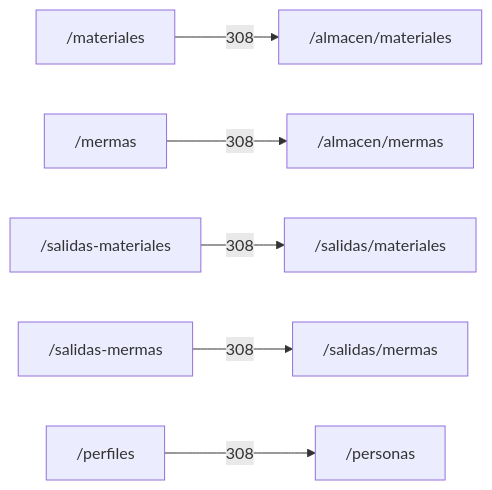
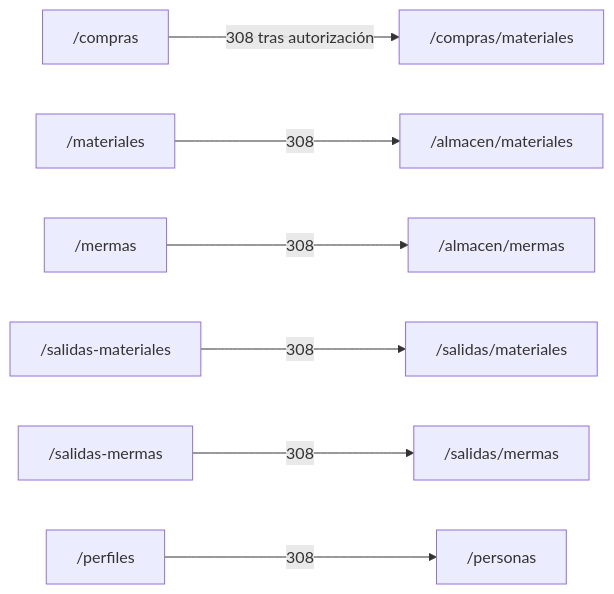
Before and after one commit to gpgsistemas01/nexus: the diagram in docs/architecture/views/scenarios/web-navigation-and-screen-catalog/03-catalog-of-screens.md, drawn with Mermaid. The commit also changed other lines of this file and 5 other files, not shown here.

````diff
--- a/docs/architecture/views/scenarios/web-navigation-and-screen-catalog/03-catalog-of-screens.md
+++ b/docs/architecture/views/scenarios/web-navigation-and-screen-catalog/03-catalog-of-screens.md
@@ -50,8 +52,9 @@
 ```mermaid
 flowchart LR
+    oldPurchases["/compras"] -->|"308 tras autorización"| newPurchases["/compras/materiales"]
     oldMaterials["/materiales"] -->|"308"| newMaterials["/almacen/materiales"]
     oldWastes["/mermas"] -->|"308"| newWastes["/almacen/mermas"]
     oldGoods["/salidas-materiales"] -->|"308"| newGoods["/salidas/materiales"]
     oldWasteIssues["/salidas-mermas"] -->|"308"| newWasteIssues["/salidas/mermas"]
     oldProfiles["/perfiles"] -->|"308"| newPersons["/personas"]
 ```
````
